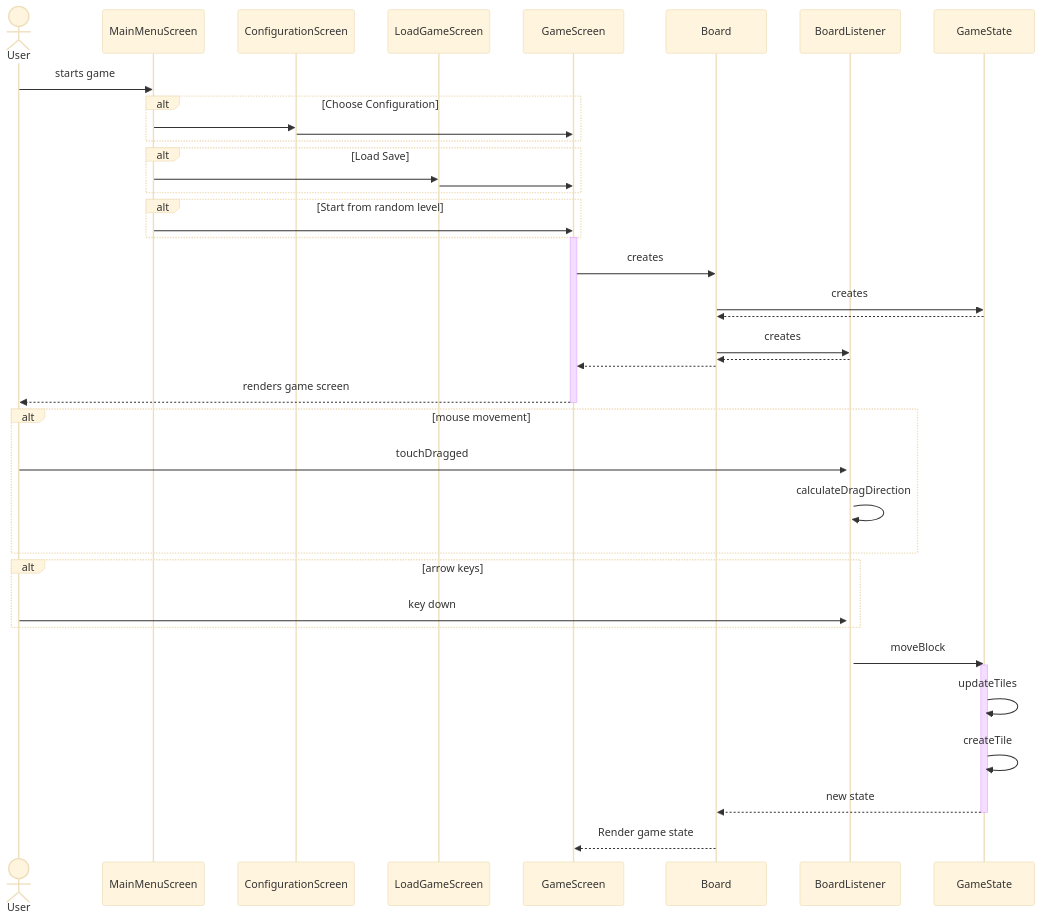
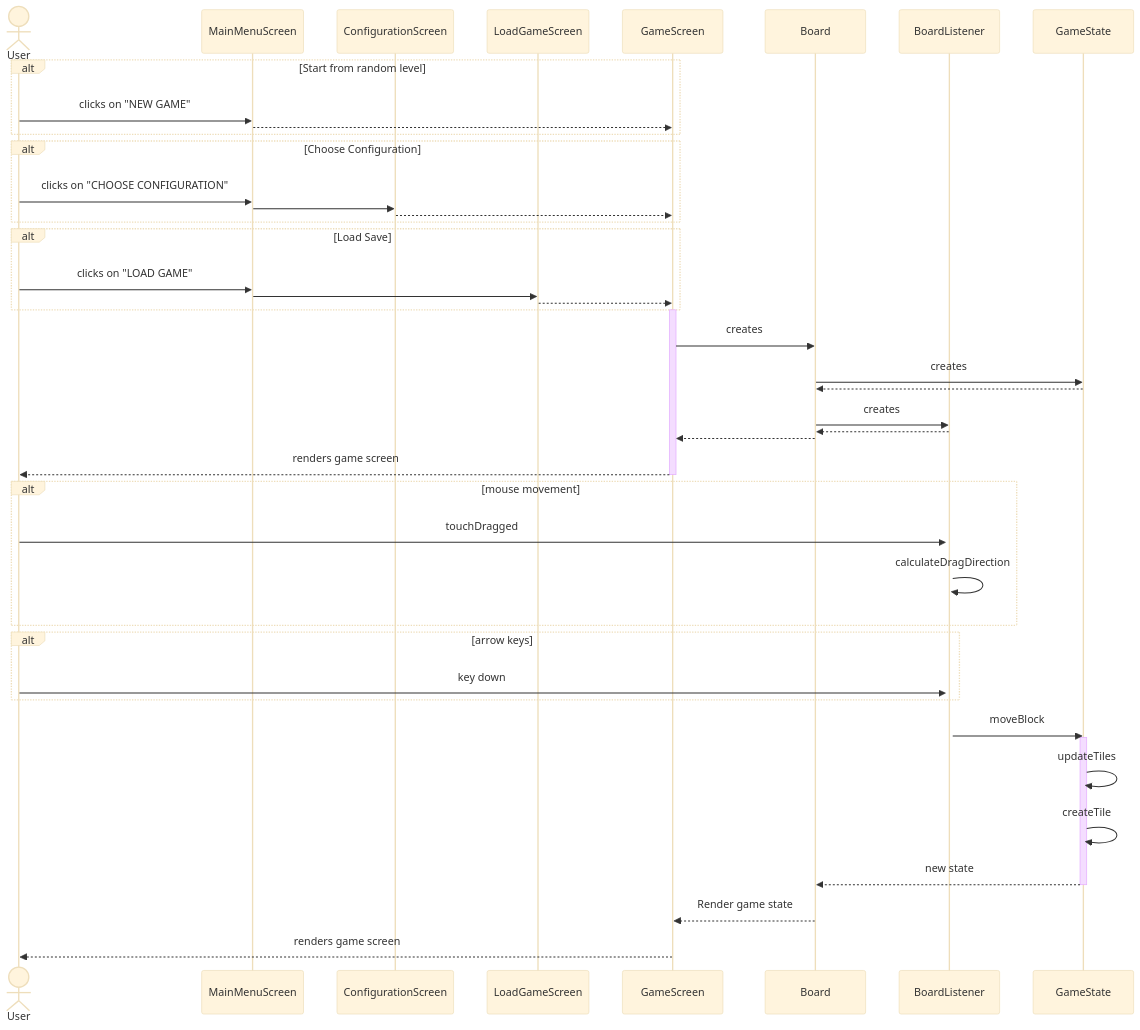
The ninth of 10 diagrams in docs/sequence_diagram/index.md (BIRSAx2/klotski), drawn with Mermaid (base theme) before and after one commit. The commit also changed other lines of this file, not shown here.

Commit message:
Improved internal sequence diagram. Added NextBestMove sequence diagram

````diff
--- a/docs/sequence_diagram/index.md
+++ b/docs/sequence_diagram/index.md
@@ -341,55 +391,59 @@
 ```mermaid
 sequenceDiagram
     actor User
     participant MainMenuScreen
     participant ConfigurationScreen
     participant LoadGameScreen
     participant GameScreen
     participant Board
     participant BoardListener
     participant GameState
 
 
-    User ->> MainMenuScreen: starts game
+    alt Start from random level 
+        User ->> MainMenuScreen: clicks on "NEW GAME"
+        MainMenuScreen -->> GameScreen: 
+    end
     
     alt Choose Configuration
+        User ->> MainMenuScreen: clicks on "CHOOSE CONFIGURATION"
         MainMenuScreen ->> ConfigurationScreen: 
-        ConfigurationScreen ->> GameScreen: 
+        ConfigurationScreen -->> GameScreen: 
     end
 
     alt Load Save
+        User ->> MainMenuScreen: clicks on "LOAD GAME"
         MainMenuScreen ->> LoadGameScreen: 
-        LoadGameScreen ->> GameScreen: 
+        LoadGameScreen -->> GameScreen: 
     end
-    
-    alt Start from random level 
-        MainMenuScreen ->> GameScreen: 
-    end
+
     activate GameScreen
     GameScreen ->> Board: creates
     Board ->> GameState: creates
     GameState -->> Board: 
     Board ->> BoardListener: creates
     BoardListener -->> Board: 
     Board -->> GameScreen: 
     GameScreen -->> User: renders game screen
     deactivate GameScreen
     
     activate BoardListener
+    
     alt mouse movement
         User ->> BoardListener : touchDragged
         BoardListener ->> BoardListener : calculateDragDirection
     end
 
     alt arrow keys 
         User ->> BoardListener: key down
     end
 
     BoardListener ->> GameState : moveBlock
     activate GameState
     GameState ->> GameState : updateTiles
     GameState ->> GameState : createTile
     GameState -->> Board: new state
     deactivate GameState
     Board -->> GameScreen: Render game state
+    GameScreen -->> User: renders game screen
 ```
````
